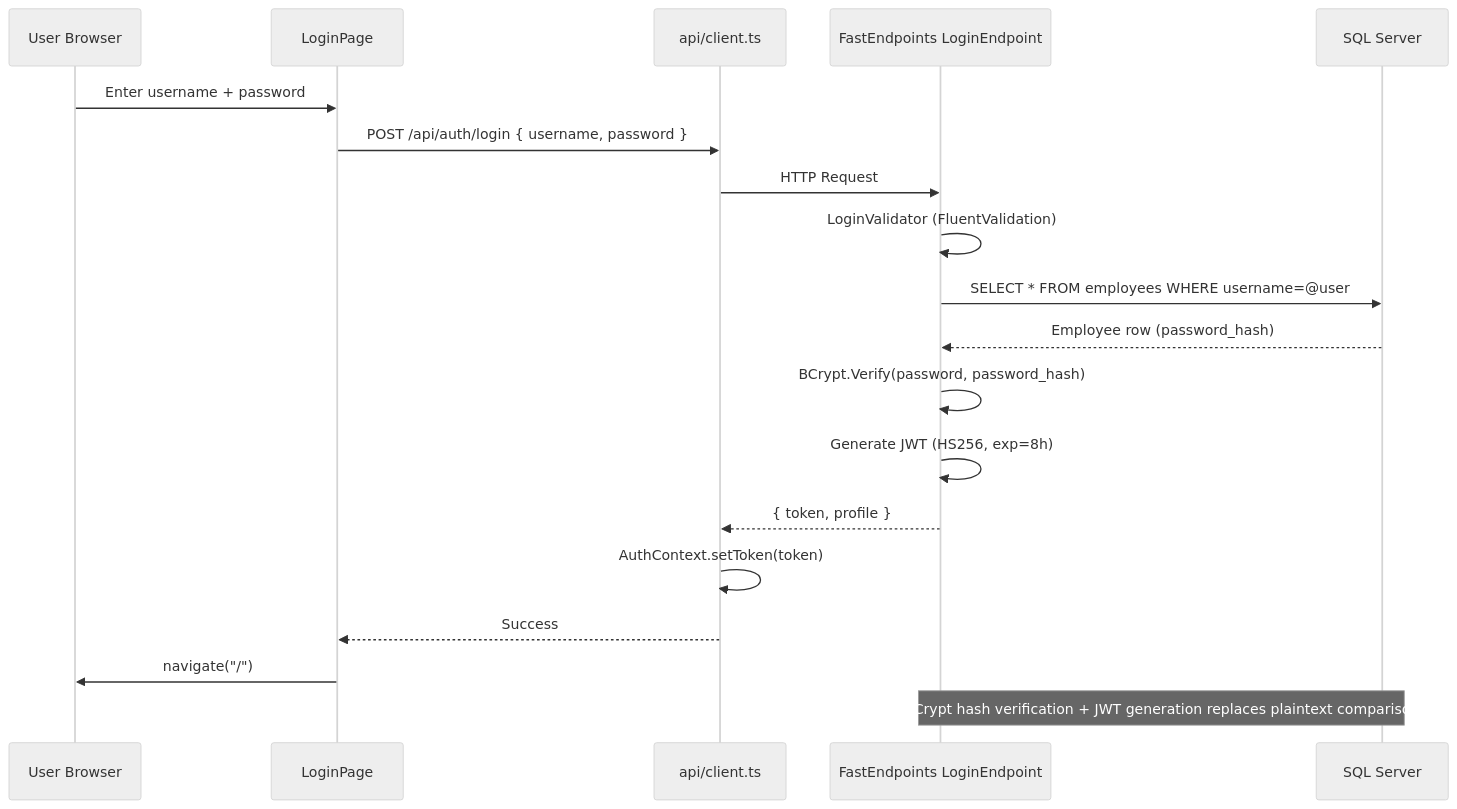
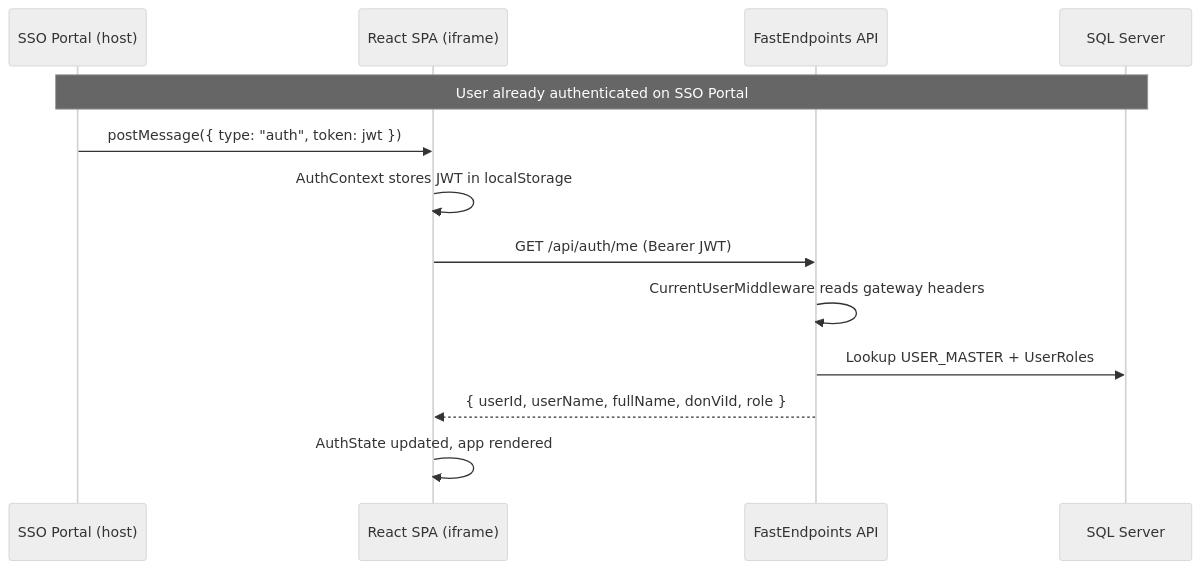
The fourth of 7 diagrams in docs/system-architecture.md (Ali-AnNT/qlnp-ttcds), drawn with Mermaid (neutral theme) before and after one commit. The commit also changed other lines of this file and 60 other files, not shown here.

First line of the commit message:
feat: migrate from Supabase to .NET 9 + EF Core + FastEndpoints

````diff
--- a/docs/system-architecture.md
+++ b/docs/system-architecture.md
@@ -211,23 +215,16 @@
 ```mermaid
 sequenceDiagram
-    participant User as User Browser
-    participant Login as LoginPage
-    participant API as api/client.ts
-    participant FE as FastEndpoints LoginEndpoint
+    participant Host as SSO Portal (host)
+    participant R as React SPA (iframe)
+    participant API as FastEndpoints API
     participant DB as SQL Server
 
-    User->>Login: Enter username + password
-    Login->>API: POST /api/auth/login { username, password }
-    API->>FE: HTTP Request
-    FE->>FE: LoginValidator (FluentValidation)
-    FE->>DB: SELECT * FROM employees WHERE username=@user
-    DB-->>FE: Employee row (password_hash)
-    FE->>FE: BCrypt.Verify(password, password_hash)
-    FE->>FE: Generate JWT (HS256, exp=8h)
-    FE-->>API: { token, profile }
-    API->>API: AuthContext.setToken(token)
-    API-->>Login: Success
-    Login->>User: navigate("/")
-
-    Note over FE,DB: BCrypt hash verification + JWT generation replaces plaintext comparison
+    Note over Host,DB: User already authenticated on SSO Portal
+    Host->>R: postMessage({ type: "auth", token: jwt })
+    R->>R: AuthContext stores JWT in localStorage
+    R->>API: GET /api/auth/me (Bearer JWT)
+    API->>API: CurrentUserMiddleware reads gateway headers
+    API->>DB: Lookup USER_MASTER + UserRoles
+    API-->>R: { userId, userName, fullName, donViId, role }
+    R->>R: AuthState updated, app rendered
 ```
````
